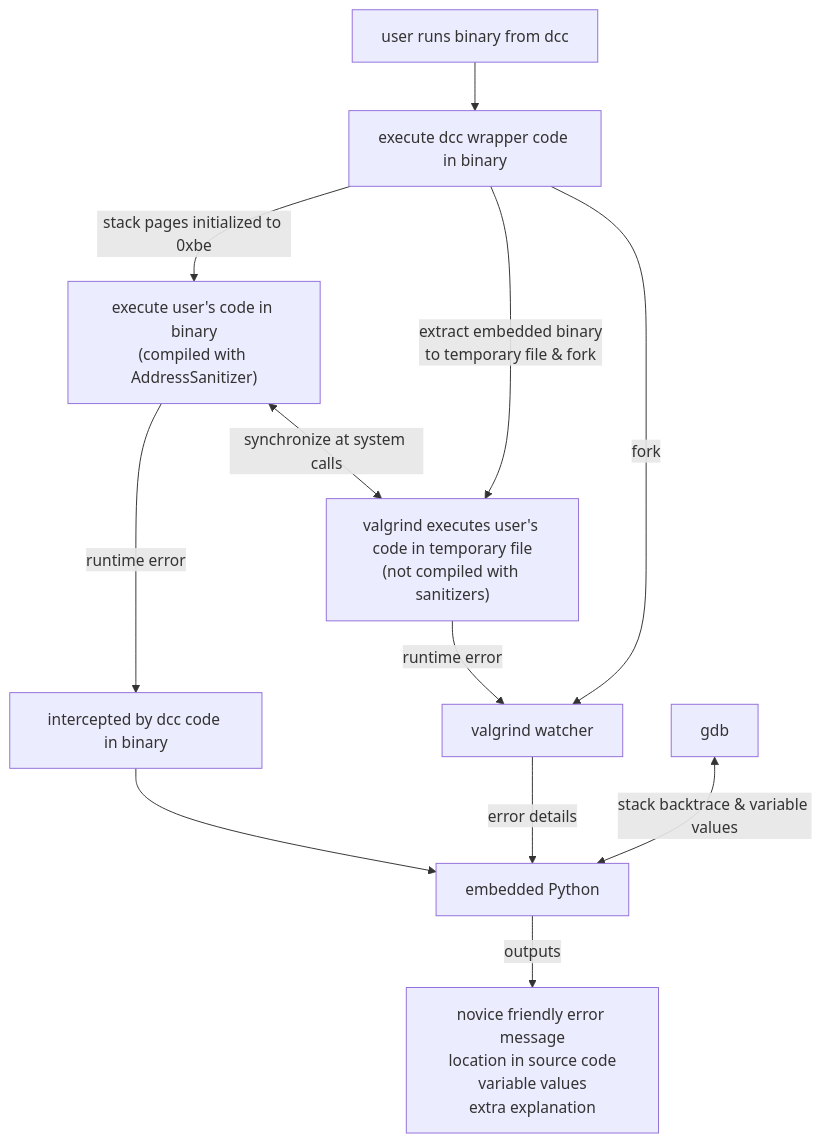
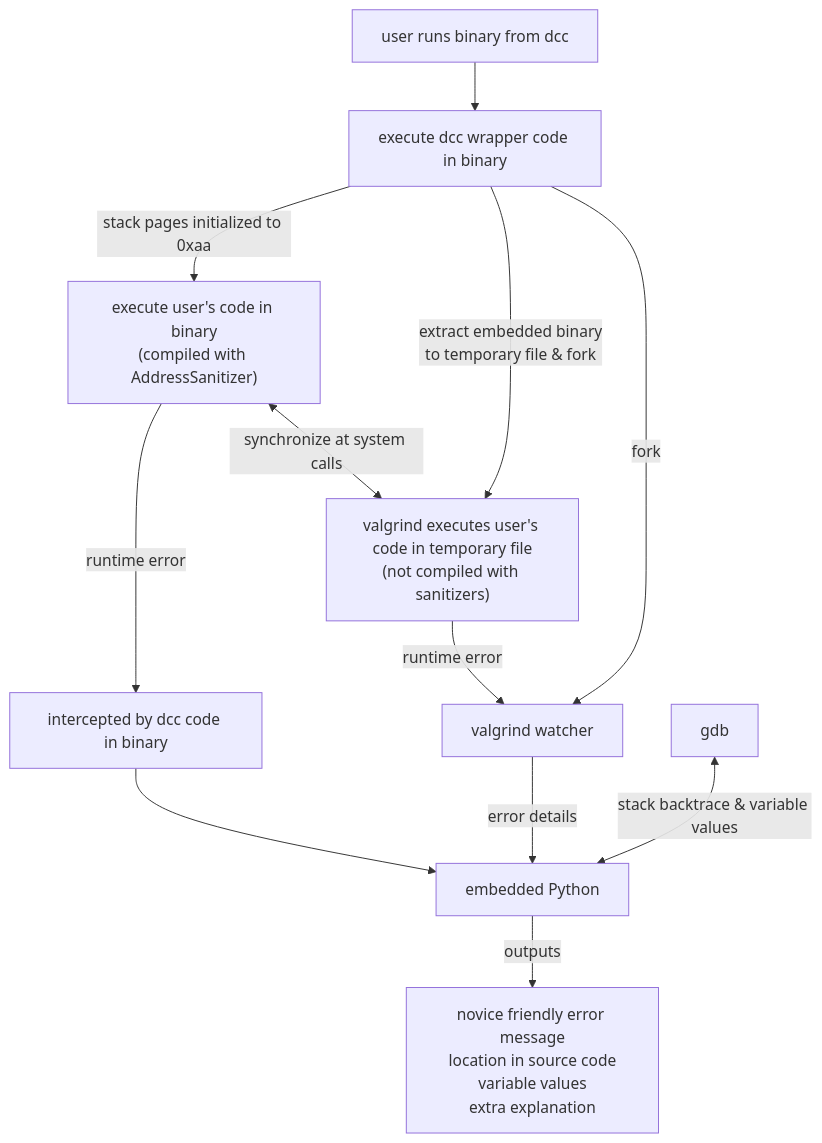
One commit to COMP1511UNSW/dcc changed the second of 2 diagrams in README.md. Above: the diagram before and after it, drawn with Mermaid. The commit also changed other lines of this file and 1 other file, not shown here.

````diff
--- a/README.md
+++ b/README.md
@@ -410,18 +456,18 @@
 ```mermaid
 flowchart
     user1[user runs binary from dcc] --> main
-    main[execute dcc wrapper code in binary]  --> |stack pages initialized to 0xbe| Sanitizer1["execute user's code in binary<br>(compiled with AddressSanitizer)"]
+    main[execute dcc wrapper code in binary]  --> |stack pages initialized to 0xaa| Sanitizer1["execute user's code in binary<br>(compiled with AddressSanitizer)"]
     main --> |extract embedded binary<br>to temporary file & fork| Sanitizer2["valgrind executes user's code in temporary file<br>(not compiled with sanitizers)"]
     main --> |fork| Watcher[valgrind watcher]
     
     Sanitizer1 --> |runtime error| embedded_C[intercepted by dcc code in binary]
     Sanitizer1 <--> | synchronize at system calls | Sanitizer2
 
     embedded_C --> embedded_Python
 
     Watcher --> |error details| embedded_Python
 
     Sanitizer2 --> |runtime error| Watcher
     gdb <--> |stack backtrace & variable values| embedded_Python[embedded Python]
     embedded_Python --> |outputs| user2[novice friendly error message<br>location in source code<br>variable values<br>extra explanation]
 ```
````
